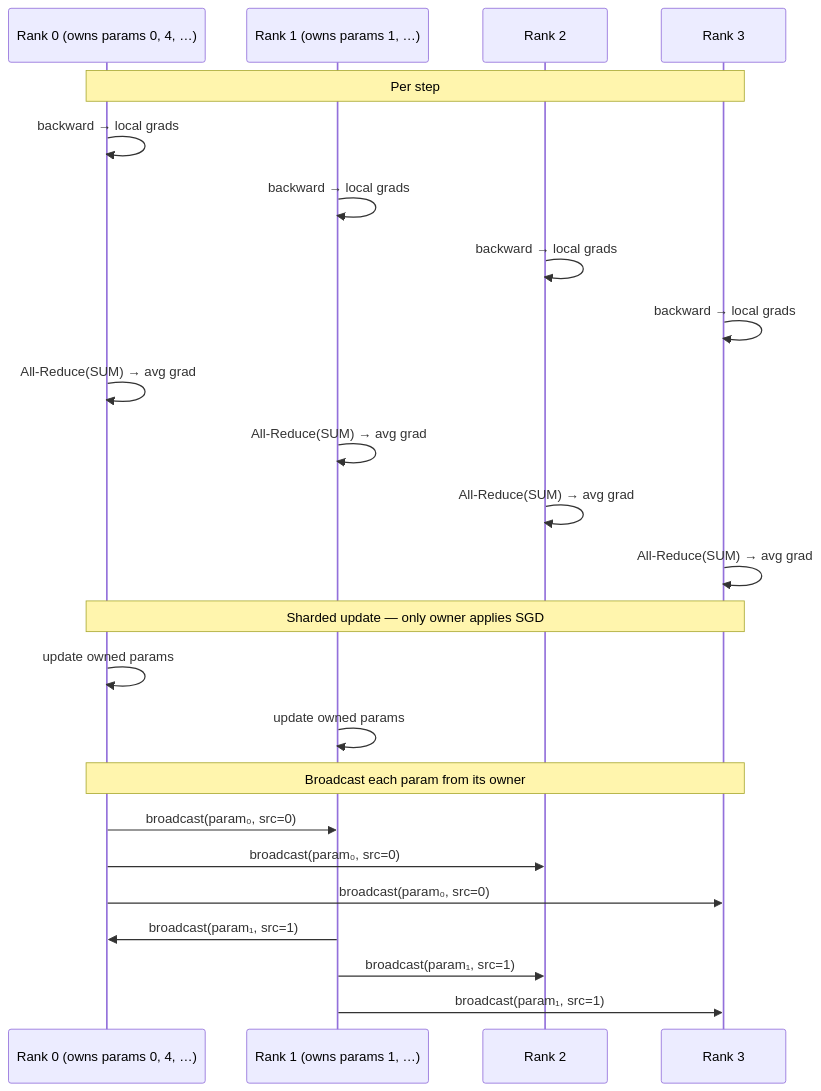
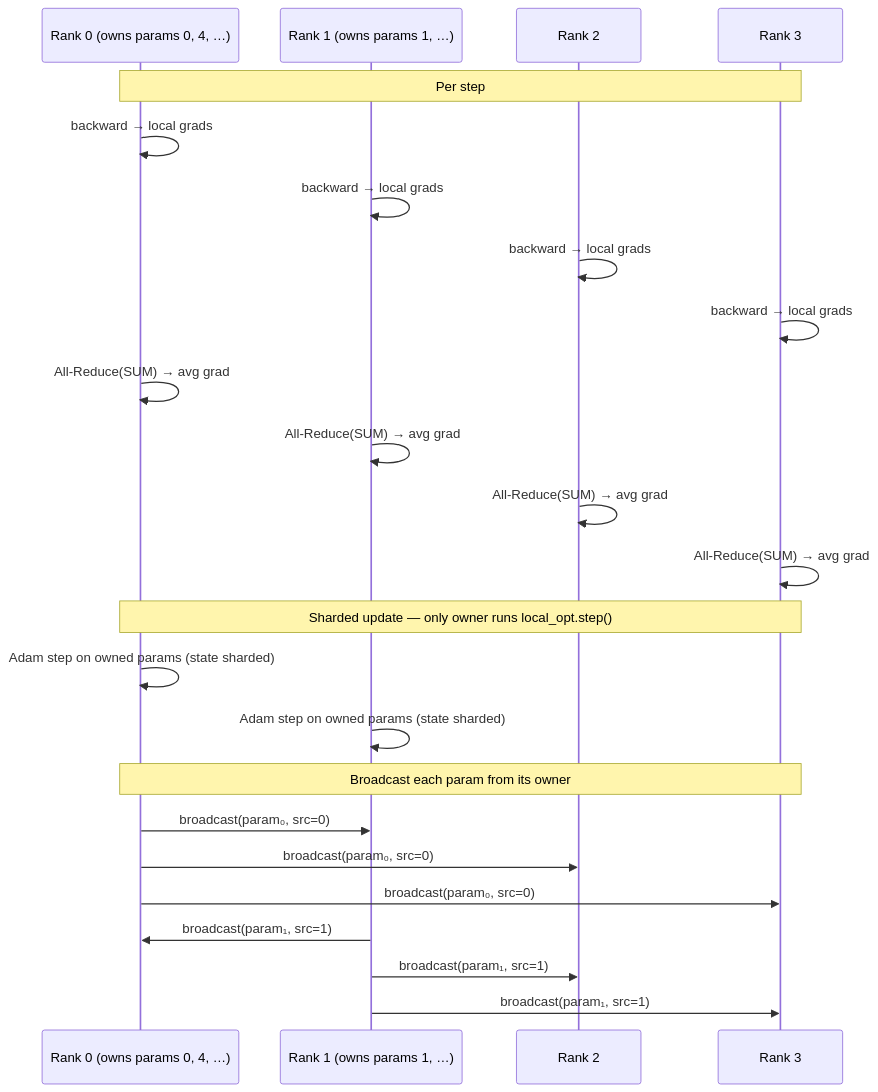
One commit to duoan/micro-trainer changed the diagram in 1_data_parallel/4_zero1_demo.md. Above: the diagram before and after it, drawn with Mermaid. The commit also changed other lines of this file and 18 other files, not shown here.

````diff
--- a/1_data_parallel/4_zero1_demo.md
+++ b/1_data_parallel/4_zero1_demo.md
@@ -31,30 +33,30 @@
 ```mermaid
 sequenceDiagram
     participant R0 as Rank 0 (owns params 0, 4, …)
     participant R1 as Rank 1 (owns params 1, …)
     participant R2 as Rank 2
     participant R3 as Rank 3
 
     Note over R0,R3: Per step
     R0->>R0: backward → local grads
     R1->>R1: backward → local grads
     R2->>R2: backward → local grads
     R3->>R3: backward → local grads
 
     R0->>R0: All-Reduce(SUM) → avg grad
     R1->>R1: All-Reduce(SUM) → avg grad
     R2->>R2: All-Reduce(SUM) → avg grad
     R3->>R3: All-Reduce(SUM) → avg grad
 
-    Note over R0,R3: Sharded update — only owner applies SGD
-    R0->>R0: update owned params
-    R1->>R1: update owned params
+    Note over R0,R3: Sharded update — only owner runs local_opt.step()
+    R0->>R0: Adam step on owned params (state sharded)
+    R1->>R1: Adam step on owned params (state sharded)
 
     Note over R0,R3: Broadcast each param from its owner
     R0->>R1: broadcast(param₀, src=0)
     R0->>R2: broadcast(param₀, src=0)
     R0->>R3: broadcast(param₀, src=0)
     R1->>R0: broadcast(param₁, src=1)
     R1->>R2: broadcast(param₁, src=1)
     R1->>R3: broadcast(param₁, src=1)
 ```
````
